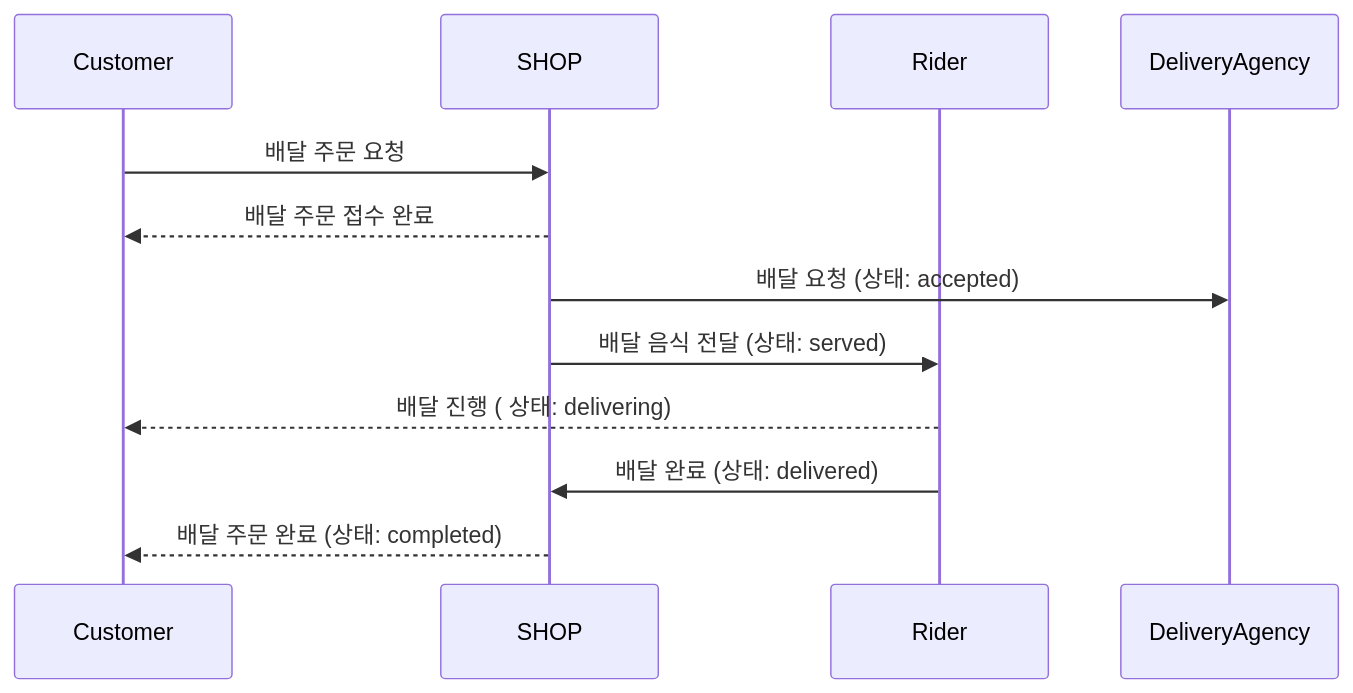
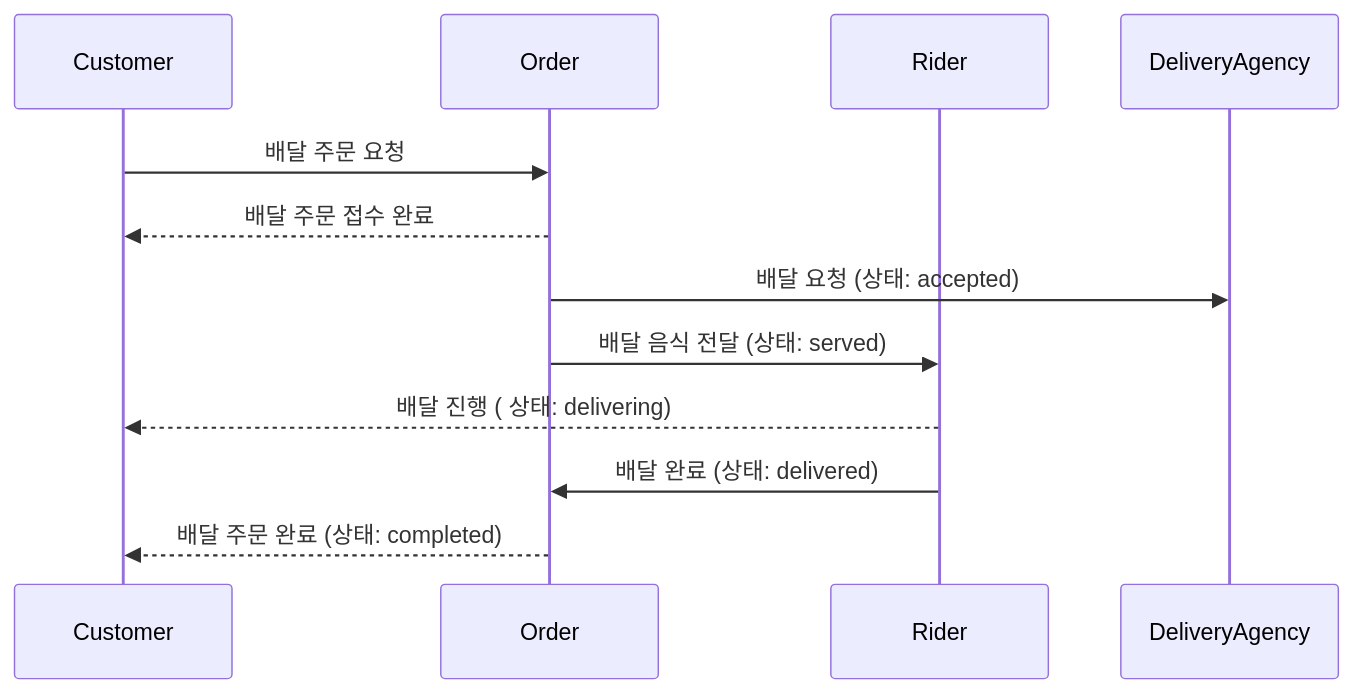
The seventh of 8 diagrams in README.md (Whale0928/ddd-strategic-design), drawn with Mermaid before and after one commit. The commit also changed other lines of this file and 80 other files, not shown here.

````diff
--- a/README.md
+++ b/README.md
@@ -325,15 +325,15 @@
 ```mermaid
 sequenceDiagram
     participant Customer
-    participant SHOP
+    participant Order
     participant Rider
     participant DeliveryAgency
-    Customer ->> SHOP: 배달 주문 요청
-    SHOP -->> Customer: 배달 주문 접수 완료
-    SHOP ->> DeliveryAgency: 배달 요청 (상태: accepted)
-    SHOP ->> Rider: 배달 음식 전달 (상태: served)
+    Customer ->> Order: 배달 주문 요청
+    Order -->> Customer: 배달 주문 접수 완료
+    Order ->> DeliveryAgency: 배달 요청 (상태: accepted)
+    Order ->> Rider: 배달 음식 전달 (상태: served)
     Rider -->> Customer: 배달 진행 ( 상태: delivering)
-    Rider ->> SHOP: 배달 완료 (상태: delivered)
-    SHOP -->> Customer: 배달 주문 완료 (상태: completed)
+    Rider ->> Order: 배달 완료 (상태: delivered)
+    Order -->> Customer: 배달 주문 완료 (상태: completed)
 
 ```
````
